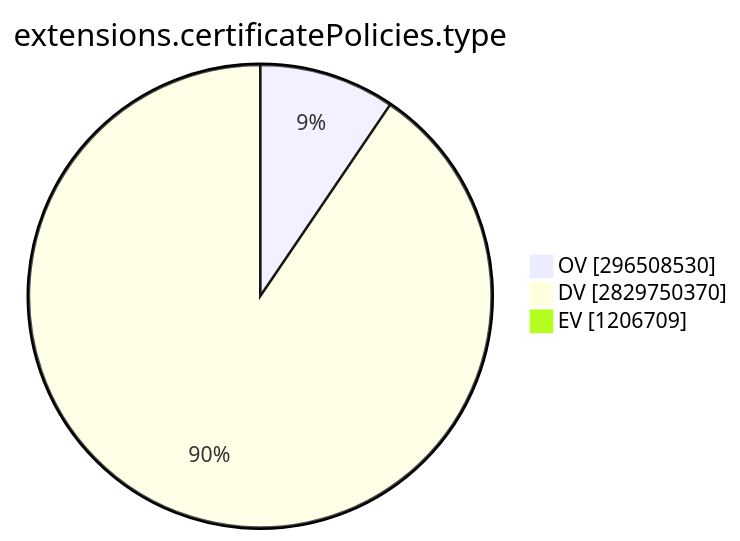
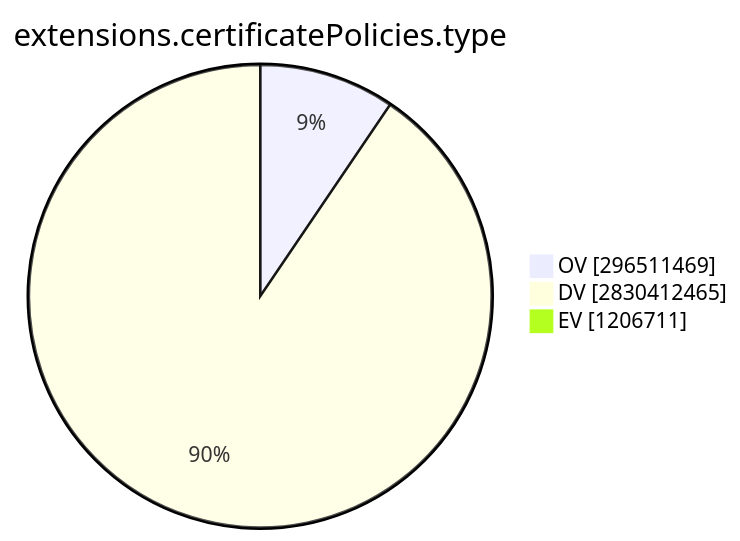
One commit to christiankrug/ctmonitor_visualization changed the ninth of 15 diagrams in TOTAL/README.md. Above: the diagram before and after it, drawn with Mermaid. The commit also changed other lines of this file, not shown here.

````diff
--- a/TOTAL/README.md
+++ b/TOTAL/README.md
@@ -3099,7 +3099,7 @@
 ```mermaid
 pie showData
 title extensions.certificatePolicies.type
-"OV" :296508530
-"DV" :2829750370
-"EV" :1206709
+"OV" :296511469
+"DV" :2830412465
+"EV" :1206711
 ```
````
